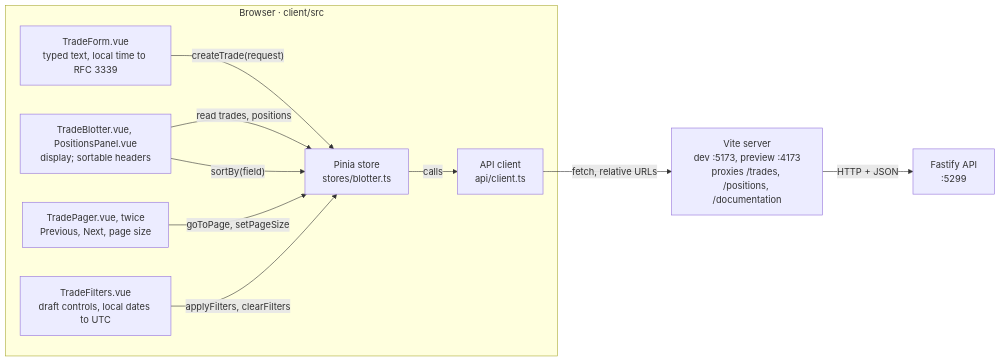
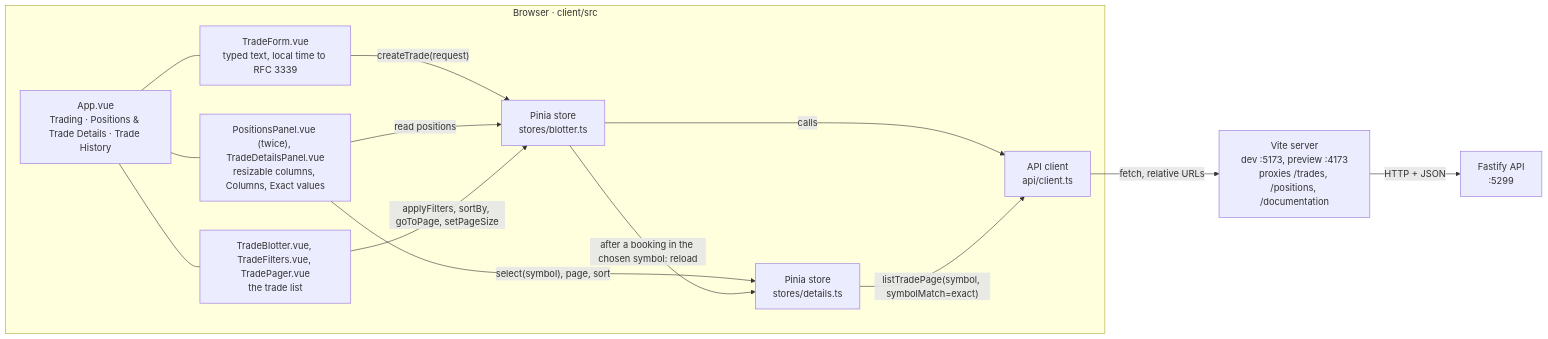
Before and after one commit to cs973112/trade-blotter-ts: the fifth of 5 diagrams in docs/architecture.md, drawn with Mermaid. The commit also changed other lines of this file and 74 other files, not shown here.

Commit message:
feat: complete Trade Blotter v4 UI and verification workflow

````diff
--- a/docs/architecture.md
+++ b/docs/architecture.md
@@ -945,22 +960,25 @@
 ```mermaid
 flowchart LR
     subgraph BROWSER["Browser · client/src"]
+        TABS["App.vue<br/>Trading · Positions & Trade Details · Trade History"]
         FORM["TradeForm.vue<br/>typed text, local time to RFC 3339"]
-        TABLES["TradeBlotter.vue, PositionsPanel.vue<br/>display; sortable headers"]
-        PAGER["TradePager.vue, twice<br/>Previous, Next, page size"]
-        FILTERS["TradeFilters.vue<br/>draft controls, local dates to UTC"]
+        GRIDS["PositionsPanel.vue (twice), TradeDetailsPanel.vue<br/>resizable columns, Columns, Exact values"]
+        LIST["TradeBlotter.vue, TradeFilters.vue, TradePager.vue<br/>the trade list"]
         STORE["Pinia store<br/>stores/blotter.ts"]
+        DETAILS["Pinia store<br/>stores/details.ts"]
         CLIENT["API client<br/>api/client.ts"]
     end
     VITE["Vite server<br/>dev :5173, preview :4173<br/>proxies /trades, /positions, /documentation"]
     API["Fastify API<br/>:5299"]
 
+    TABS --- FORM & GRIDS & LIST
     FORM -->|"createTrade(request)"| STORE
-    TABLES -->|"read trades, positions"| STORE
-    FILTERS -->|"applyFilters, clearFilters"| STORE
-    TABLES -->|"sortBy(field)"| STORE
-    PAGER -->|"goToPage, setPageSize"| STORE
+    GRIDS -->|"read positions"| STORE
+    GRIDS -->|"select(symbol), page, sort"| DETAILS
+    LIST -->|"applyFilters, sortBy, goToPage, setPageSize"| STORE
+    STORE -->|"after a booking in the chosen symbol: reload"| DETAILS
     STORE -->|"calls"| CLIENT
+    DETAILS -->|"listTradePage(symbol, symbolMatch=exact)"| CLIENT
     CLIENT -->|"fetch, relative URLs"| VITE
     VITE -->|"HTTP + JSON"| API
 ```
````
